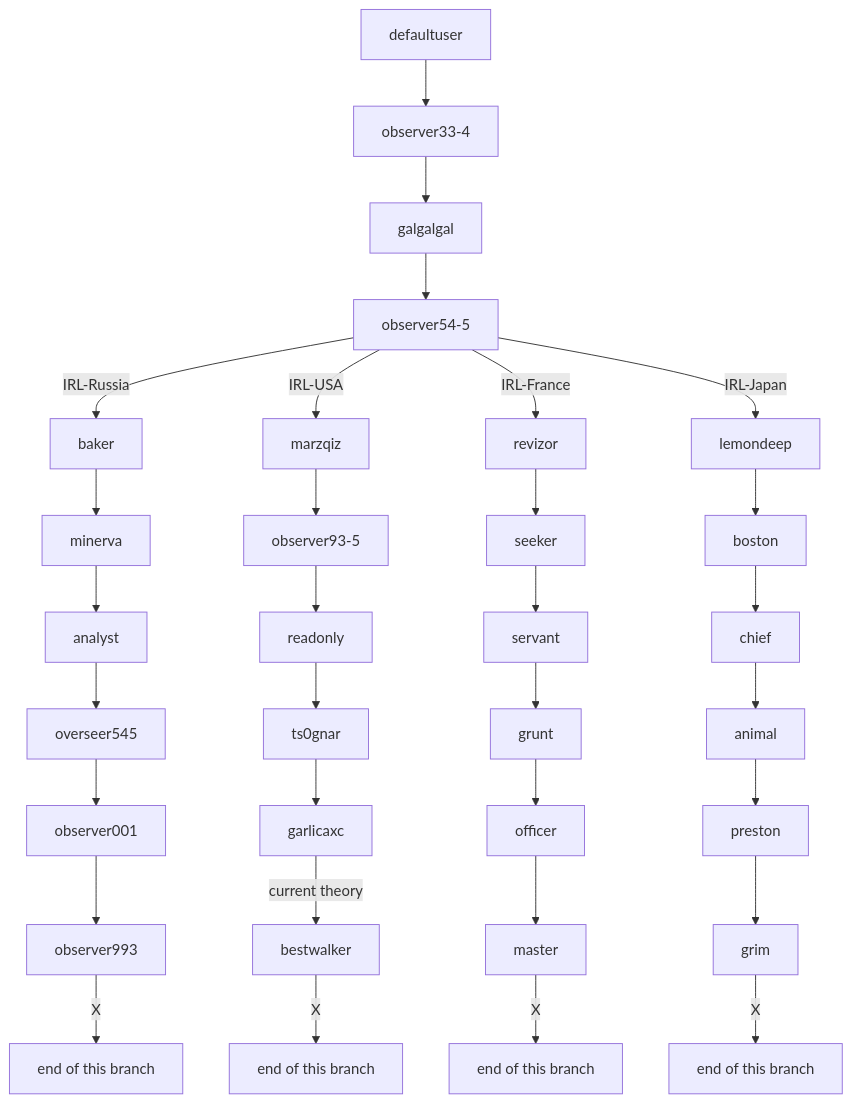
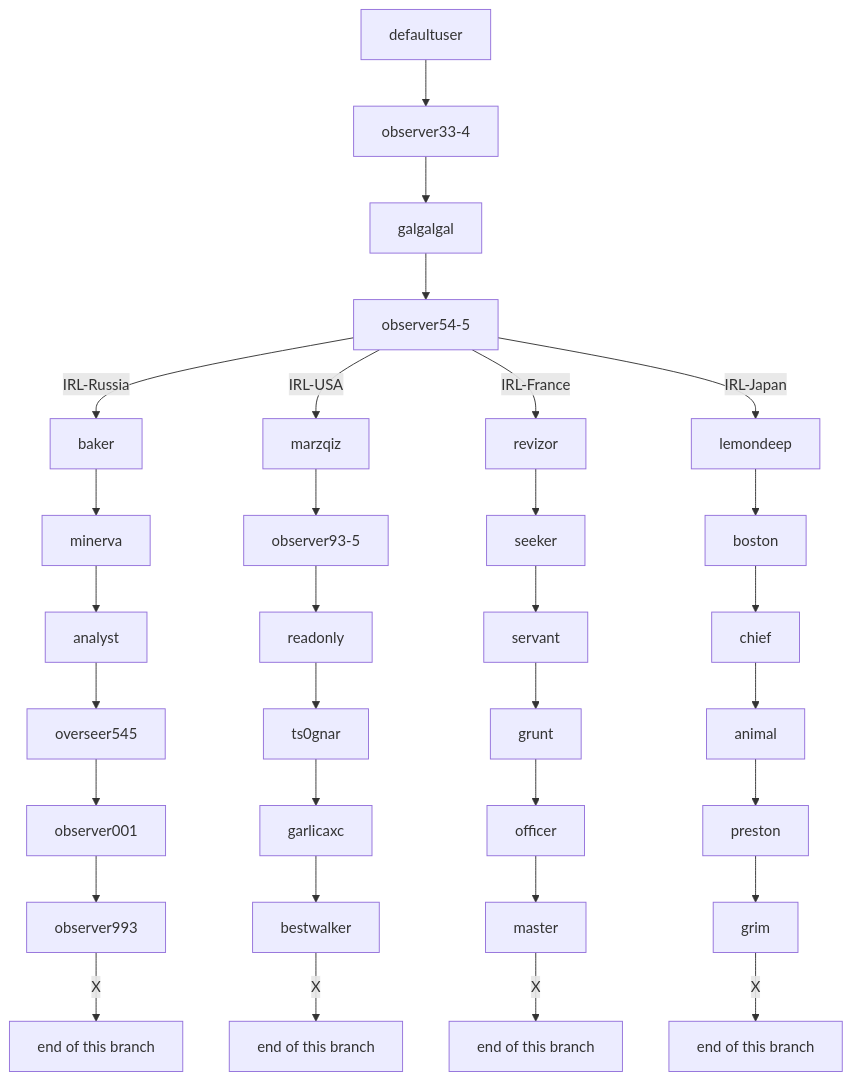
Before and after one commit to Philsie/ARRS-documentation: the diagram in README.md, drawn with Mermaid.

````diff
--- a/README.md
+++ b/README.md
@@ -45,38 +45,38 @@
 ```mermaid
 graph TD;
     defaultuser --> observer33-4;
     observer33-4 --> galgalgal;
     galgalgal --> observer54-5;
 
     observer54-5 --IRL-Russia--> baker;
     baker --> minerva;
     minerva --> analyst;
     analyst --> overseer545;
     overseer545 --> observer001;
     observer001 --> observer993;
     observer993 --X--> russiaEnd["end of this branch"];
 
     observer54-5 --IRL-USA--> marzqiz;
     marzqiz --> observer93-5;
     observer93-5 --> readonly;
     readonly --> ts0gnar;
     ts0gnar --> garlicaxc;
-    garlicaxc --current theory--> bestwalker;
+    garlicaxc --> bestwalker;
     bestwalker --X--> usaEnd["end of this branch"];
 
     observer54-5 --IRL-France--> revizor;
     revizor --> seeker;
     seeker --> servant;
     servant --> grunt;
     grunt --> officer;
     officer --> master;
     master --X--> franceEnd["end of this branch"];
 
     observer54-5 --IRL-Japan--> lemondeep;
     lemondeep --> boston;
     boston --> chief;
     chief --> animal;
     animal --> preston;
     preston --> grim;
     grim --X--> japanEnd["end of this branch"];
 ```
````
